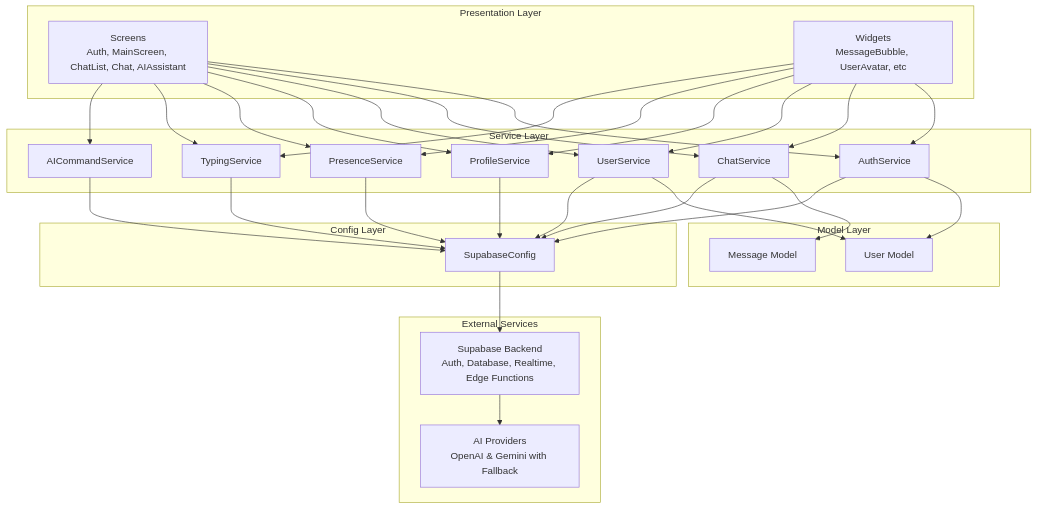
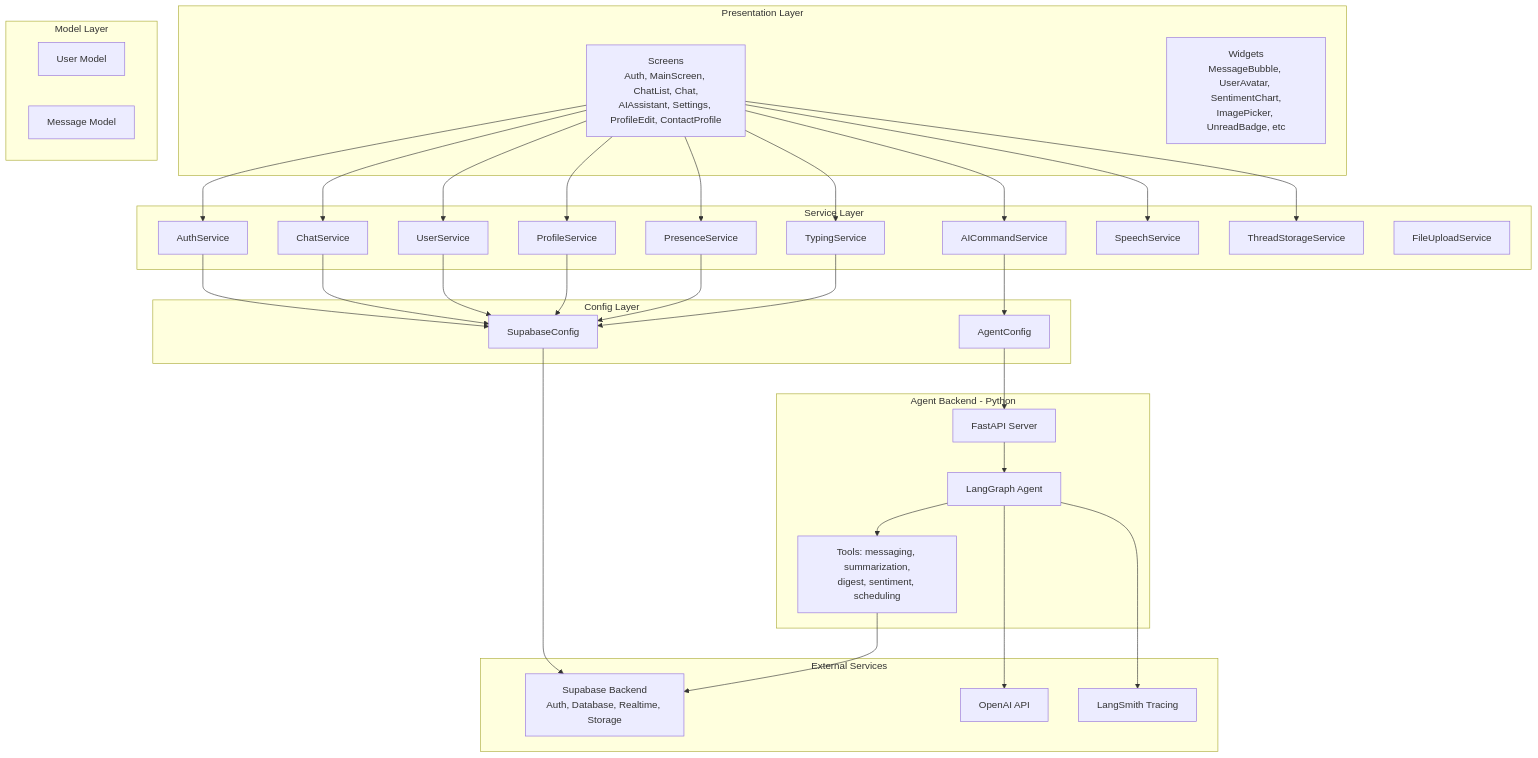
The second of 10 diagrams in chat_app/docs/architecture/ARCHITECTURE.md (shoebsmk/Flutter-chat-claude), drawn with Mermaid before and after one commit. The commit also changed other lines of this file and 5 other files, not shown here.

First line of the commit message:
docs: comprehensive documentation update for LangGraph agent backend and Feb 2026 features

````diff
--- a/chat_app/docs/architecture/ARCHITECTURE.md
+++ b/chat_app/docs/architecture/ARCHITECTURE.md
@@ -72,60 +89,68 @@
 ```mermaid
 graph TD
     subgraph "Presentation Layer"
-        Screens[Screens<br/>Auth, MainScreen, ChatList, Chat, AIAssistant]
-        Widgets[Widgets<br/>MessageBubble, UserAvatar, etc]
+        Screens[Screens<br/>Auth, MainScreen, ChatList, Chat,<br/>AIAssistant, Settings, ProfileEdit, ContactProfile]
+        Widgets[Widgets<br/>MessageBubble, UserAvatar, SentimentChart,<br/>ImagePicker, UnreadBadge, etc]
     end
     
     subgraph "Service Layer"
         AuthService[AuthService]
         ChatService[ChatService]
         UserService[UserService]
         ProfileService[ProfileService]
         PresenceService[PresenceService]
         TypingService[TypingService]
         AICommandService[AICommandService]
+        SpeechService[SpeechService]
+        ThreadStorageService[ThreadStorageService]
+        FileUploadService[FileUploadService]
     end
     
     subgraph "Model Layer"
         UserModel[User Model]
         MessageModel[Message Model]
     end
     
     subgraph "Config Layer"
         SupabaseConfig[SupabaseConfig]
+        AgentConfig[AgentConfig]
+    end
+    
+    subgraph "Agent Backend - Python"
+        AgentServer[FastAPI Server]
+        LangGraphAgent[LangGraph Agent]
+        AgentTools[Tools: messaging, summarization,<br/>digest, sentiment, scheduling]
     end
     
     subgraph "External Services"
-        SupabaseBackend[Supabase Backend<br/>Auth, Database, Realtime, Edge Functions]
-        AIProviders[AI Providers<br/>OpenAI & Gemini with Fallback]
+        SupabaseBackend[Supabase Backend<br/>Auth, Database, Realtime, Storage]
+        OpenAI[OpenAI API]
+        LangSmith[LangSmith Tracing]
     end
     
     Screens --> AuthService
     Screens --> ChatService
     Screens --> UserService
     Screens --> ProfileService
     Screens --> PresenceService
     Screens --> TypingService
     Screens --> AICommandService
-    Widgets --> AuthService
-    Widgets --> ChatService
-    Widgets --> UserService
-    Widgets --> ProfileService
-    Widgets --> PresenceService
-    Widgets --> TypingService
-    
-    AuthService --> UserModel
-    ChatService --> MessageModel
-    UserService --> UserModel
+    Screens --> SpeechService
+    Screens --> ThreadStorageService
     
     AuthService --> SupabaseConfig
     ChatService --> SupabaseConfig
     UserService --> SupabaseConfig
     ProfileService --> SupabaseConfig
     PresenceService --> SupabaseConfig
     TypingService --> SupabaseConfig
-    AICommandService --> SupabaseConfig
+    AICommandService --> AgentConfig
     
     SupabaseConfig --> SupabaseBackend
-    SupabaseBackend --> AIProviders
+    AgentConfig --> AgentServer
+    AgentServer --> LangGraphAgent
+    LangGraphAgent --> AgentTools
+    AgentTools --> SupabaseBackend
+    LangGraphAgent --> OpenAI
+    LangGraphAgent --> LangSmith
 ```
````
